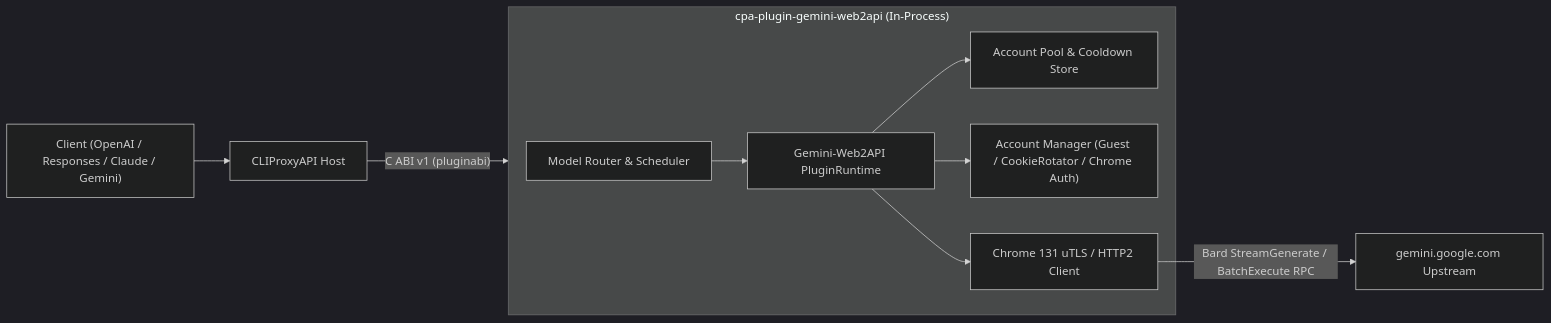
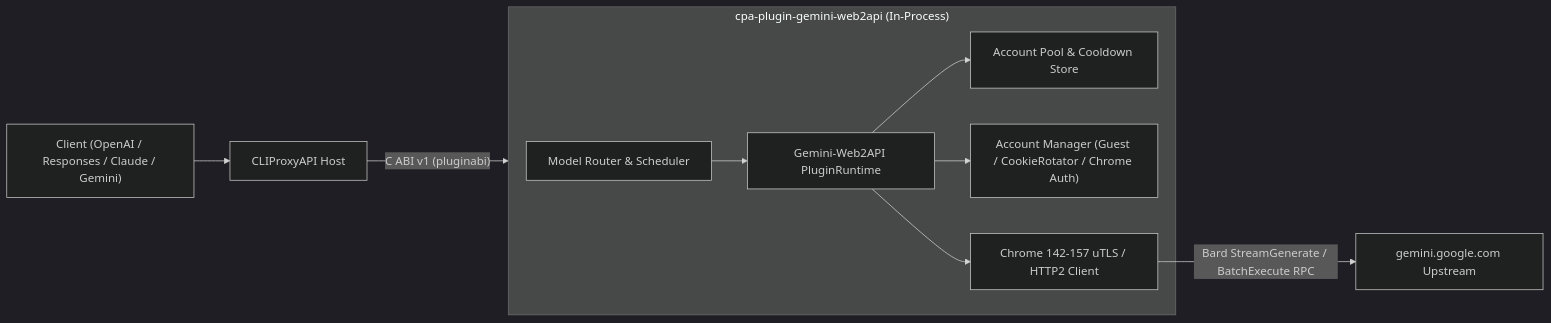
The diagram in README.md (jianli9158/cpa-plugin-gemini-web2api), drawn with Mermaid (dark theme) before and after one commit. The commit also changed other lines of this file and 102 other files, not shown here.

````diff
--- a/README.md
+++ b/README.md
@@ -45,12 +46,12 @@
 ```mermaid
 flowchart LR
     Client["Client (OpenAI / Responses / Claude / Gemini)"] --> CPA["CLIProxyAPI Host"]
     CPA -->|"C ABI v1 (pluginabi)"| Plugin["gemini-web2api.{dylib,so,dll}"]
     subgraph Plugin["cpa-plugin-gemini-web2api (In-Process)"]
         Router["Model Router & Scheduler"] --> Runtime["Gemini-Web2API PluginRuntime"]
         Runtime --> Pool["Account Pool & Cooldown Store"]
         Runtime --> Mgr["Account Manager (Guest / CookieRotator / Chrome Auth)"]
-        Runtime --> TLS["Chrome 131 uTLS / HTTP2 Client"]
+        Runtime --> TLS["Chrome 142-157 uTLS / HTTP2 Client"]
     end
     TLS -->|"Bard StreamGenerate / BatchExecute RPC"| Google["gemini.google.com Upstream"]
 ```
````
